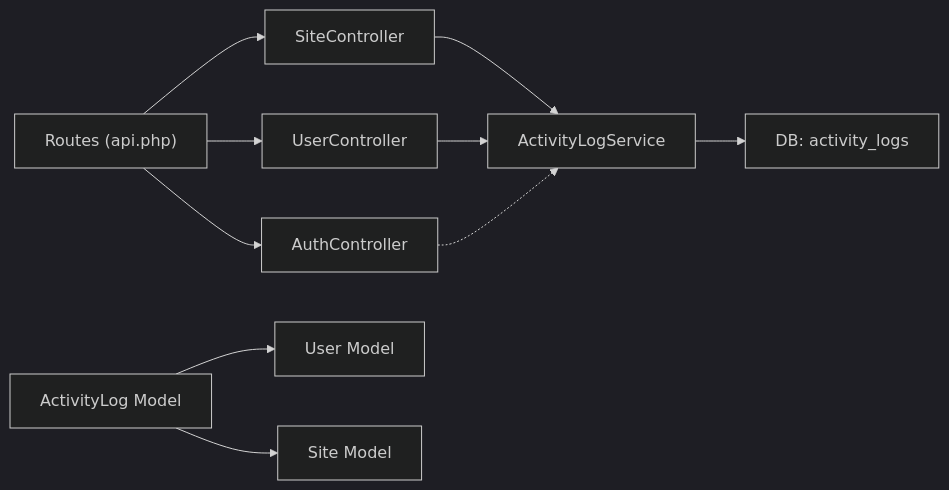
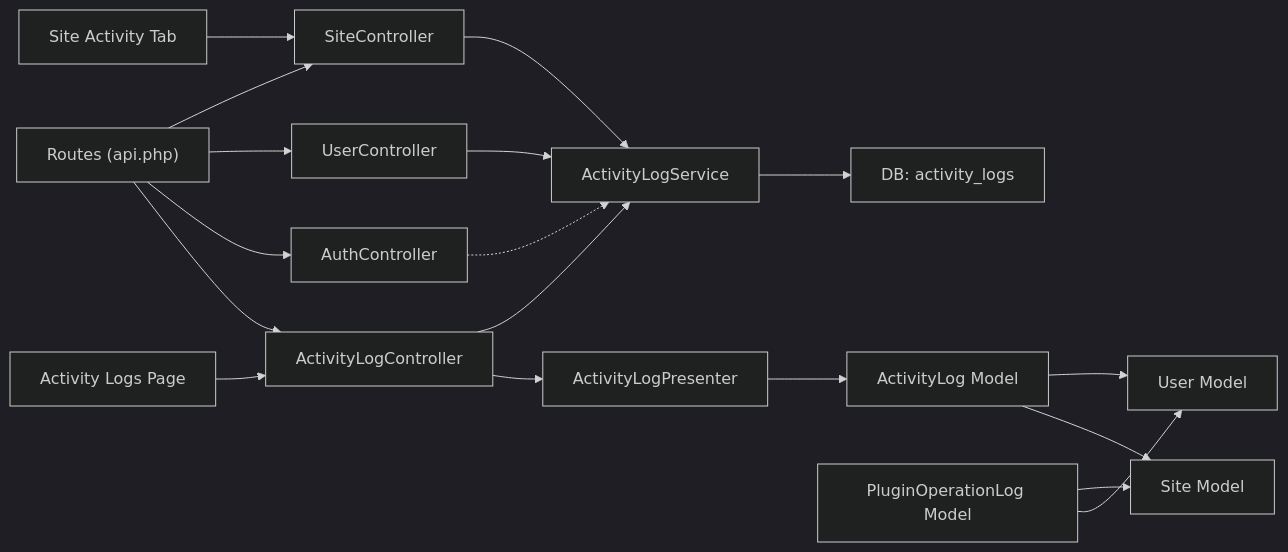
One commit to FCS-WP/website_portal changed the ninth of 9 diagrams in .qoder/repowiki/en/content/Activity Logging & Auditing/Activity Logging & Auditing.md. Above: the diagram before and after it, drawn with Mermaid (dark theme). The commit also changed other lines of this file and 30 other files, not shown here.

````diff
--- a/.qoder/repowiki/en/content/Activity Logging & Auditing/Activity Logging & Auditing.md
+++ b/.qoder/repowiki/en/content/Activity Logging & Auditing/Activity Logging & Auditing.md
@@ -271,12 +419,20 @@
 ```mermaid
 graph LR
 SC["SiteController"] --> ALS["ActivityLogService"]
 UC["UserController"] --> ALS
 AC["AuthController"] -.-> ALS
+ALC["ActivityLogController"] --> ALS
+ALC --> ALP["ActivityLogPresenter"]
+ALP --> ALM["ActivityLog Model"]
 ALS --> DB["DB: activity_logs"]
-ALM["ActivityLog Model"] --> UM["User Model"]
+ALM --> UM["User Model"]
 ALM --> SM["Site Model"]
+POL["PluginOperationLog Model"] --> SM
+POL --> UM
 RT["Routes (api.php)"] --> SC
 RT --> UC
 RT --> AC
+RT --> ALC
+ALF["Activity Logs Page"] --> ALC
+SAT["Site Activity Tab"] --> SC
 ```
````
